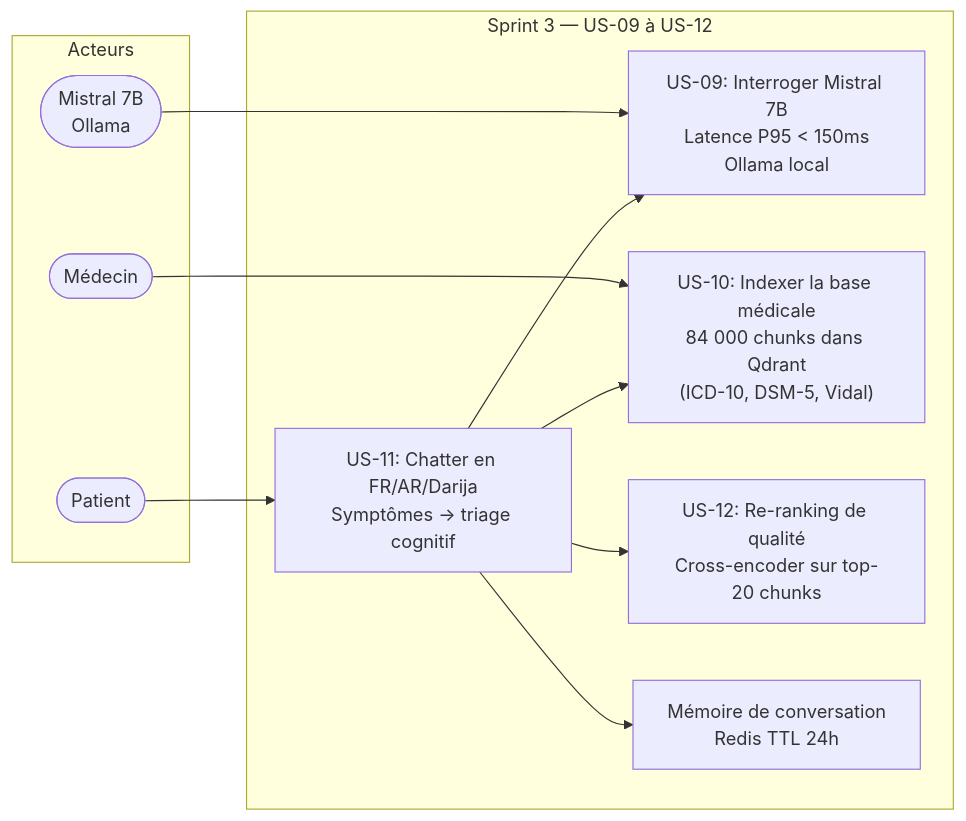
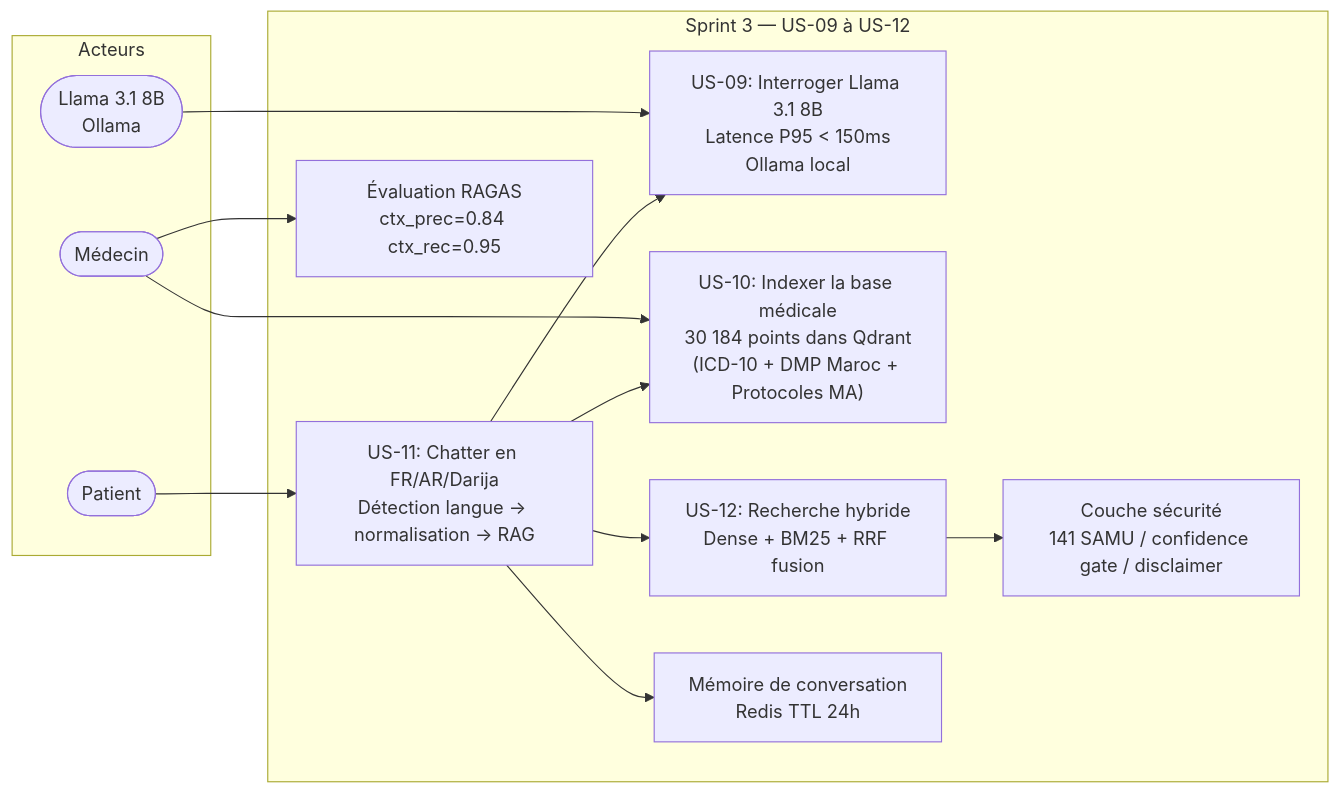
One commit to Boussyf0/MediSense-AI changed the seventh of 32 diagrams in docs/DIAGRAMMES.md. Above: the diagram before and after it, drawn with Mermaid. The commit also changed other lines of this file and 17 other files, not shown here.

````diff
--- a/docs/DIAGRAMMES.md
+++ b/docs/DIAGRAMMES.md
@@ -324,22 +324,25 @@
 ```mermaid
 flowchart LR
     subgraph A["Acteurs"]
         PATIENT(["Patient"])
         DOCTOR(["Médecin"])
-        SYS(["Mistral 7B<br/>Ollama"])
+        SYS(["Llama 3.1 8B<br/>Ollama"])
     end
 
     subgraph UC["Sprint 3 — US-09 à US-12"]
-        UC9["US-09: Interroger Mistral 7B<br/>Latence P95 < 150ms<br/>Ollama local"]
-        UC10["US-10: Indexer la base médicale<br/>84 000 chunks dans Qdrant<br/>(ICD-10, DSM-5, Vidal)"]
-        UC11["US-11: Chatter en FR/AR/Darija<br/>Symptômes → triage cognitif"]
-        UC12["US-12: Re-ranking de qualité<br/>Cross-encoder sur top-20 chunks"]
+        UC9["US-09: Interroger Llama 3.1 8B<br/>Latence P95 < 150ms<br/>Ollama local"]
+        UC10["US-10: Indexer la base médicale<br/>30 184 points dans Qdrant<br/>(ICD-10 + DMP Maroc + Protocoles MA)"]
+        UC11["US-11: Chatter en FR/AR/Darija<br/>Détection langue → normalisation → RAG"]
+        UC12["US-12: Recherche hybride<br/>Dense + BM25 + RRF fusion"]
+        SAFE["Couche sécurité<br/>141 SAMU / confidence gate / disclaimer"]
+        EVAL["Évaluation RAGAS<br/>ctx_prec=0.84 ctx_rec=0.95"]
         MEM["Mémoire de conversation<br/>Redis TTL 24h"]
     end
 
     PATIENT --> UC11
     UC11 --> UC9 & UC10 & UC12
+    UC12 --> SAFE
     SYS --> UC9
     UC11 --> MEM
-    DOCTOR --> UC10
+    DOCTOR --> UC10 & EVAL
 ```
````
